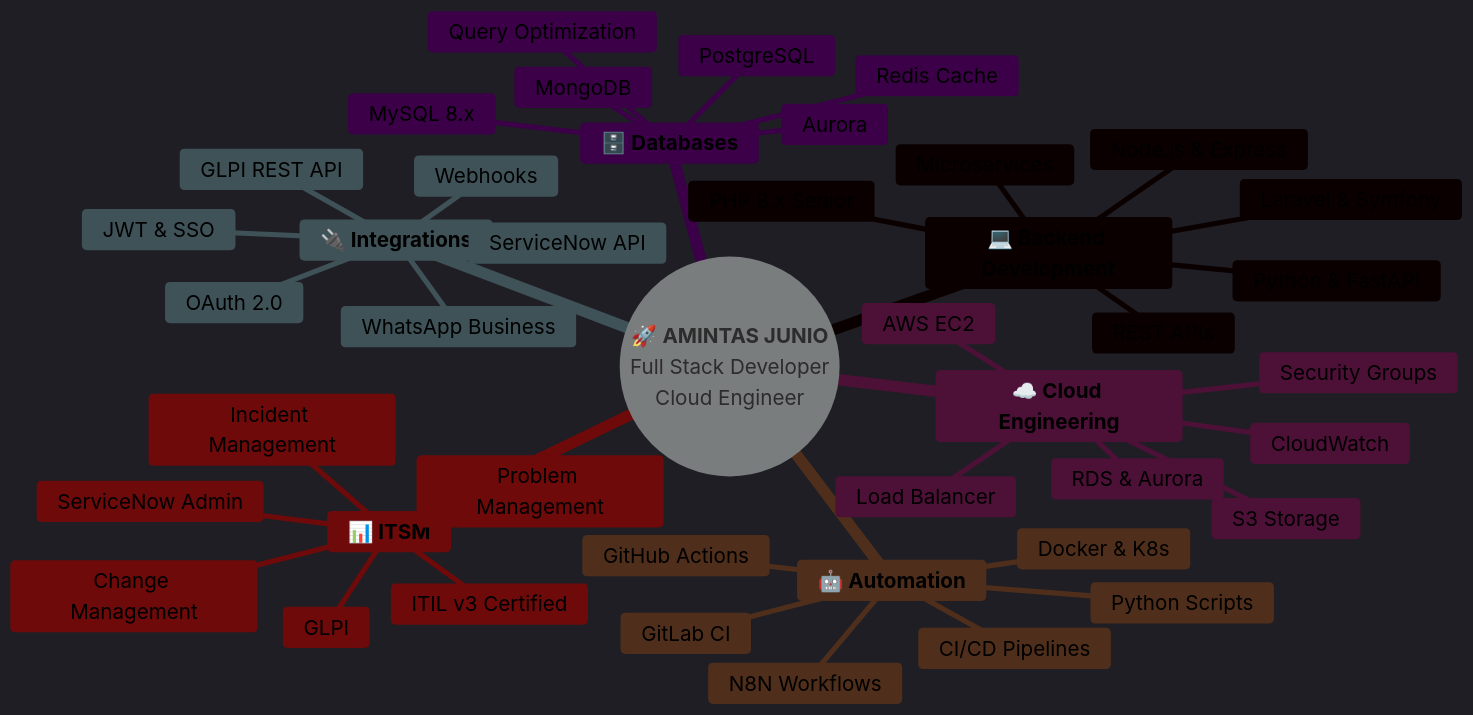
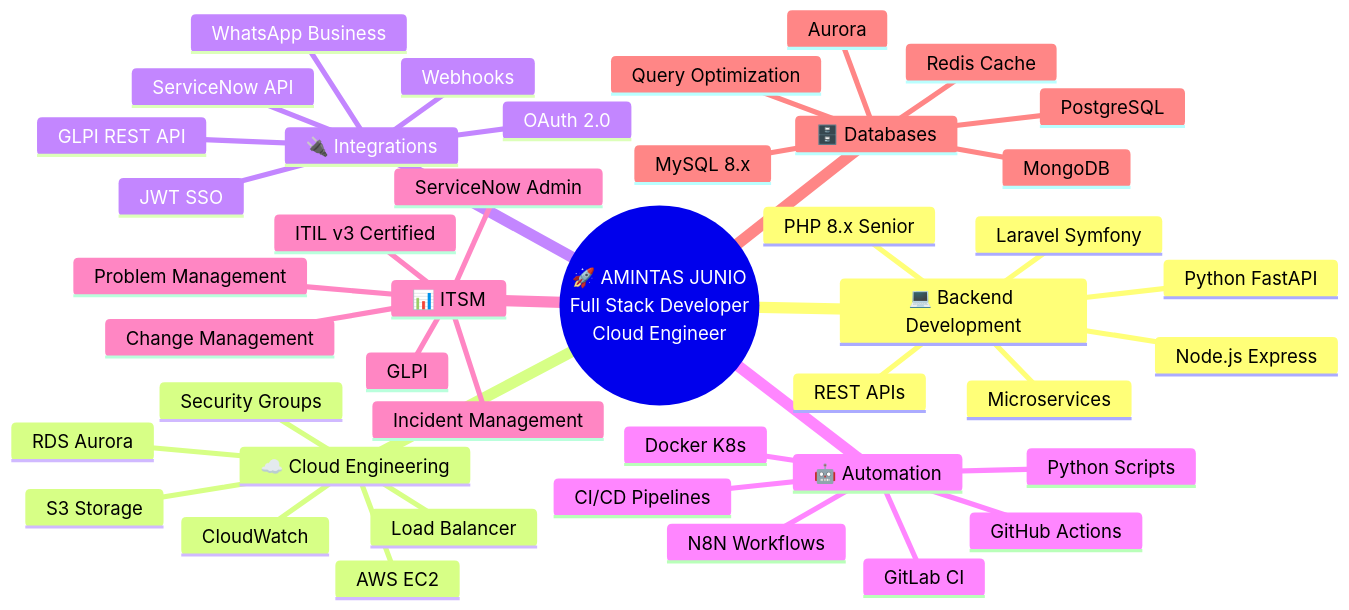
One commit to amintasjunio/amintasjunio changed the diagram in README.md. Above: the diagram before and after it, drawn with Mermaid.

````diff
--- a/README.md
+++ b/README.md
@@ -166,49 +166,47 @@
 ```mermaid
-%%{init: {'theme':'dark', 'themeVariables': { 'fontSize':'20px', 'fontFamily':'trebuchet ms', 'darkMode':'true'}}}%%
+%%{init: {'theme':'default', 'themeVariables': { 'primaryColor':'#ff6b6b','primaryTextColor':'#000000','primaryBorderColor':'#c92a2a','secondaryColor':'#4ecdc4','secondaryTextColor':'#000000','secondaryBorderColor':'#099268','tertiaryColor':'#ffe66d','tertiaryTextColor':'#000000','tertiaryBorderColor':'#f59f00','noteBkgColor':'#a8e6cf','noteTextColor':'#000000','noteBorderColor':'#37b24d','lineColor':'#495057','textColor':'#000000','mainBkg':'#ffffff','fontSize':'18px','fontFamily':'trebuchet ms'}}}%%
 mindmap
-  root((🚀 **AMINTAS JUNIO**
-    Full Stack Developer
-    Cloud Engineer))
-    **💻 Backend Development**
+  root((🚀 AMINTAS JUNIO<br/>Full Stack Developer<br/>Cloud Engineer))
+    💻 Backend Development
       PHP 8.x Senior
-      Node.js & Express
-      Python & FastAPI
+      Node.js Express
+      Python FastAPI
       REST APIs
       Microservices
-      Laravel & Symfony
-    **☁️ Cloud Engineering**
+      Laravel Symfony
+    ☁️ Cloud Engineering
       AWS EC2
       S3 Storage
-      RDS & Aurora
+      RDS Aurora
       Security Groups
       CloudWatch
       Load Balancer
-    **🔌 Integrations**
+    🔌 Integrations
       ServiceNow API
       WhatsApp Business
       GLPI REST API
       Webhooks
       OAuth 2.0
-      JWT & SSO
-    **🤖 Automation**
+      JWT SSO
+    🤖 Automation
       N8N Workflows
       CI/CD Pipelines
-      Docker & K8s
+      Docker K8s
       Python Scripts
       GitLab CI
       GitHub Actions
-    **📊 ITSM**
+    📊 ITSM
       ServiceNow Admin
       GLPI
       ITIL v3 Certified
       Incident Management
       Change Management
       Problem Management
-    **🗄️ Databases**
+    🗄️ Databases
       MySQL 8.x
       PostgreSQL
       Aurora
       MongoDB
       Redis Cache
       Query Optimization
 ```
````
